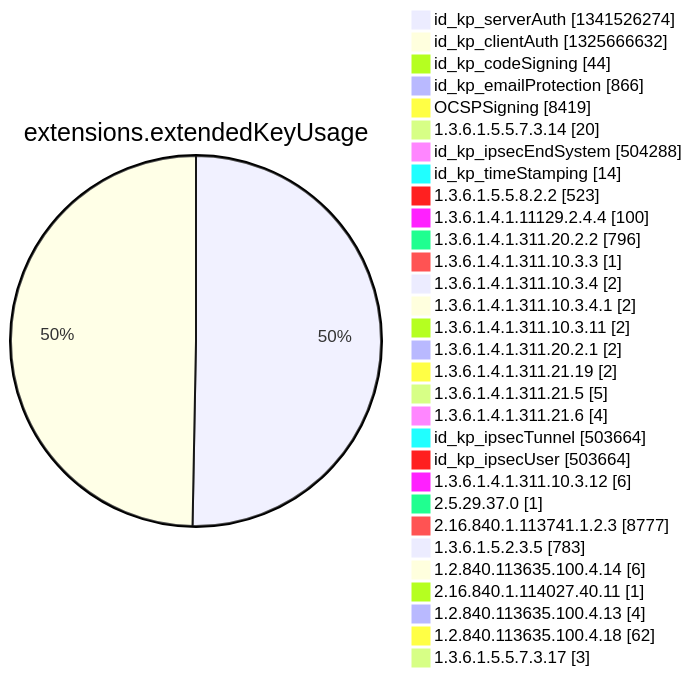
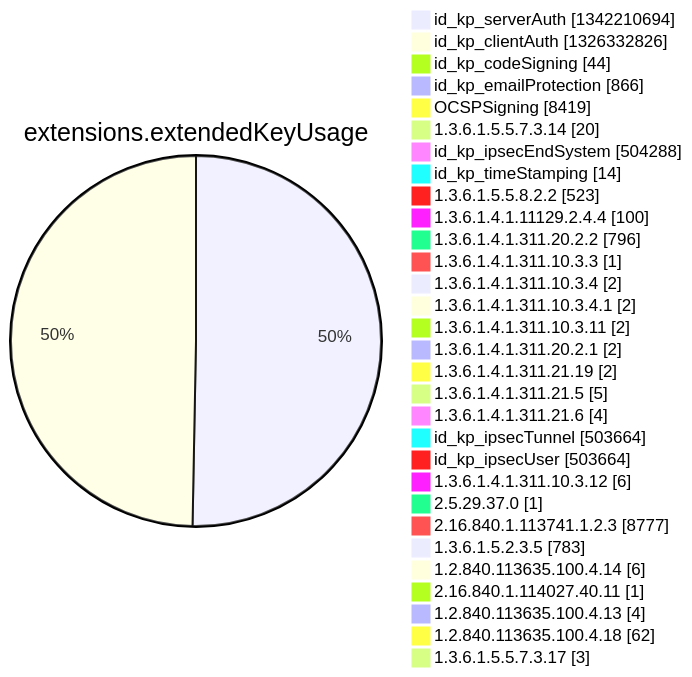
One commit to christiankrug/ctmonitor_visualization changed diagram 12 of 15 in argon2022/README.md. Above: the diagram before and after it, drawn with Mermaid. The commit also changed other lines of this file, not shown here.

````diff
--- a/argon2022/README.md
+++ b/argon2022/README.md
@@ -3553,34 +3553,34 @@
 ```mermaid
 pie showData
 title extensions.extendedKeyUsage
-"id_kp_serverAuth" :1341526274
-"id_kp_clientAuth" :1325666632
+"id_kp_serverAuth" :1342210694
+"id_kp_clientAuth" :1326332826
 "id_kp_codeSigning" :44
 "id_kp_emailProtection" :866
 "OCSPSigning" :8419
 "1.3.6.1.5.5.7.3.14" :20
 "id_kp_ipsecEndSystem" :504288
 "id_kp_timeStamping" :14
 "1.3.6.1.5.5.8.2.2" :523
 "1.3.6.1.4.1.11129.2.4.4" :100
 "1.3.6.1.4.1.311.20.2.2" :796
 "1.3.6.1.4.1.311.10.3.3" :1
 "1.3.6.1.4.1.311.10.3.4" :2
 "1.3.6.1.4.1.311.10.3.4.1" :2
 "1.3.6.1.4.1.311.10.3.11" :2
 "1.3.6.1.4.1.311.20.2.1" :2
 "1.3.6.1.4.1.311.21.19" :2
 "1.3.6.1.4.1.311.21.5" :5
 "1.3.6.1.4.1.311.21.6" :4
 "id_kp_ipsecTunnel" :503664
 "id_kp_ipsecUser" :503664
 "1.3.6.1.4.1.311.10.3.12" :6
 "2.5.29.37.0" :1
 "2.16.840.1.113741.1.2.3" :8777
 "1.3.6.1.5.2.3.5" :783
 "1.2.840.113635.100.4.14" :6
 "2.16.840.1.114027.40.11" :1
 "1.2.840.113635.100.4.13" :4
 "1.2.840.113635.100.4.18" :62
 "1.3.6.1.5.5.7.3.17" :3
 ```
````
